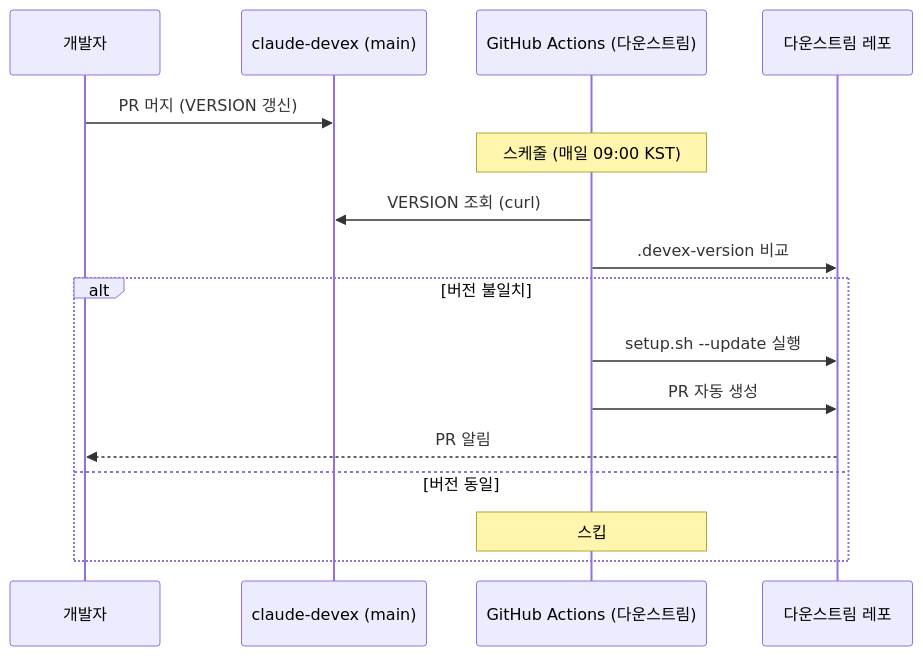
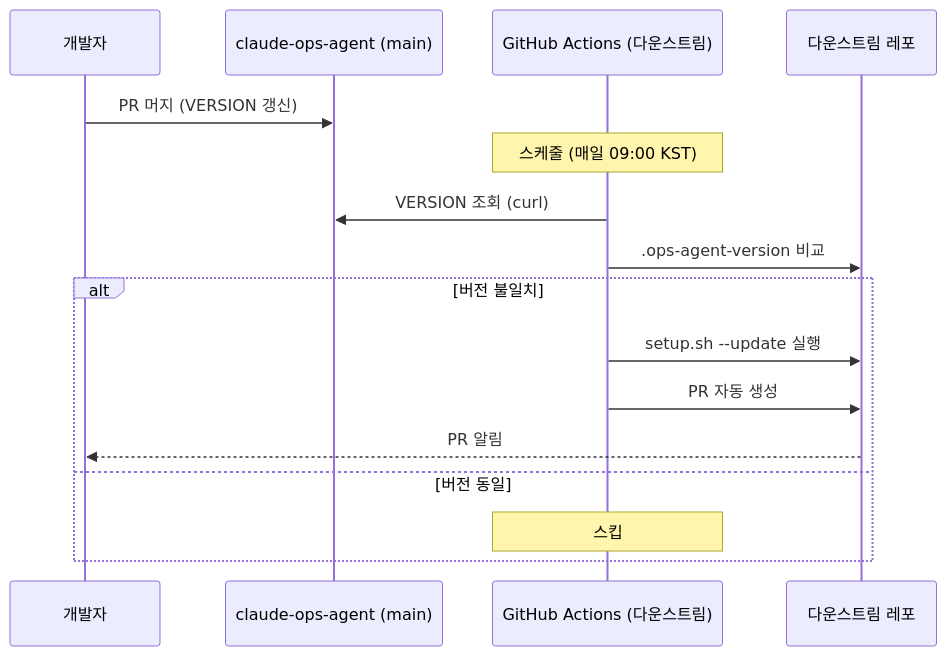
Before and after one commit to idean3885/claude-ops-agent: the diagram in docs/spec-3-auto-update.md, drawn with Mermaid. The commit also changed other lines of this file and 38 other files, not shown here.

First line of the commit message:
refactor: devex → ops-agent 전면 개명 (v6.0.0, breaking)

````diff
--- a/docs/spec-3-auto-update.md
+++ b/docs/spec-3-auto-update.md
@@ -14,21 +14,21 @@
 ```mermaid
 sequenceDiagram
     participant Dev as 개발자
-    participant CDX as claude-devex (main)
+    participant CDX as claude-ops-agent (main)
     participant GHA as GitHub Actions (다운스트림)
     participant DS as 다운스트림 레포
 
     Dev->>CDX: PR 머지 (VERSION 갱신)
 
     Note over GHA: 스케줄 (매일 09:00 KST)
     GHA->>CDX: VERSION 조회 (curl)
-    GHA->>DS: .devex-version 비교
+    GHA->>DS: .ops-agent-version 비교
 
     alt 버전 불일치
         GHA->>DS: setup.sh --update 실행
         GHA->>DS: PR 자동 생성
         DS-->>Dev: PR 알림
     else 버전 동일
         Note over GHA: 스킵
     end
 ```
````
